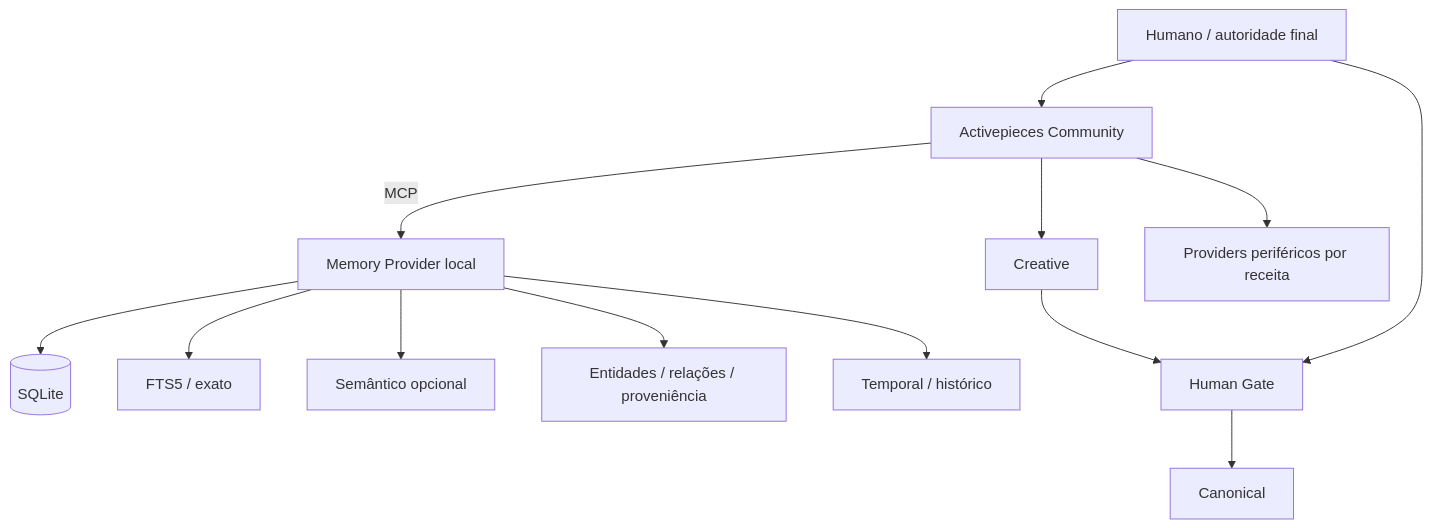
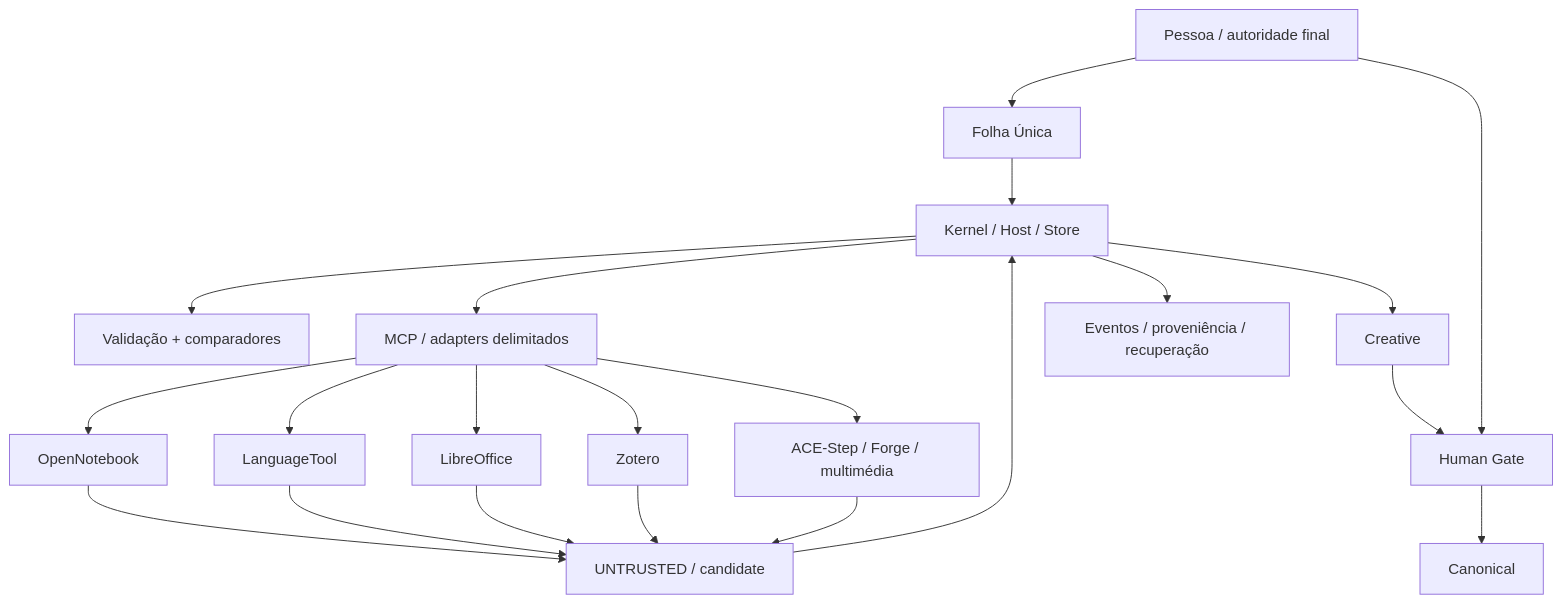
The diagram in CEREBRO_ARCHITECTURE.md (PAPACREATOR/cerebro-parvo-), drawn with Mermaid before and after one commit. The commit also changed other lines of this file, not shown here.

Commit message:
align active architecture with current Kernel/MCP capability model

````diff
--- a/CEREBRO_ARCHITECTURE.md
+++ b/CEREBRO_ARCHITECTURE.md
@@ -9,15 +9,23 @@
 ```mermaid
 flowchart TD
- P[Humano / autoridade final] --> AP[Activepieces Community]
- AP -->|MCP| MP[Memory Provider local]
- MP --> DB[(SQLite)]
- MP --> EX[FTS5 / exato]
- MP --> SE[Semântico opcional]
- MP --> RE[Entidades / relações / proveniência]
- MP --> TE[Temporal / histórico]
- AP --> CR[Creative]
+ P[Pessoa / autoridade final] --> UI[Folha Única]
+ UI --> K[Kernel / Host / Store]
+ K --> CMP[Validação + comparadores]
+ K --> MCP[MCP / adapters delimitados]
+ MCP --> ON[OpenNotebook]
+ MCP --> LT[LanguageTool]
+ MCP --> LO[LibreOffice]
+ MCP --> Z[Zotero]
+ MCP --> MM[ACE-Step / Forge / multimédia]
+ ON --> U[UNTRUSTED / candidate]
+ LT --> U
+ LO --> U
+ Z --> U
+ MM --> U
+ U --> K
+ K --> CR[Creative]
  CR --> HG[Human Gate]
  P --> HG
  HG --> CA[Canonical]
- AP --> PR[Providers periféricos por receita]
+ K --> EV[Eventos / proveniência / recuperação]
 ```
````
